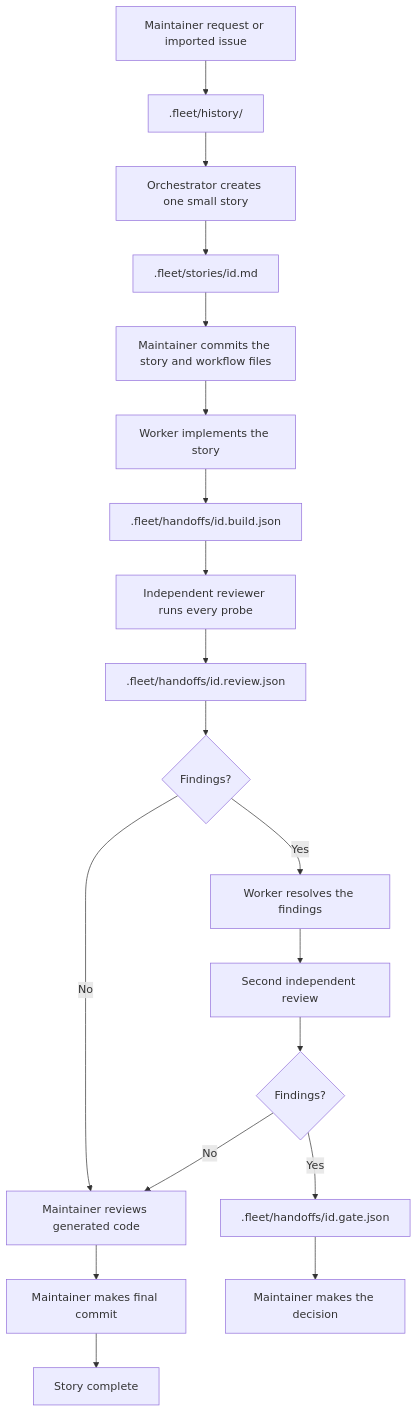
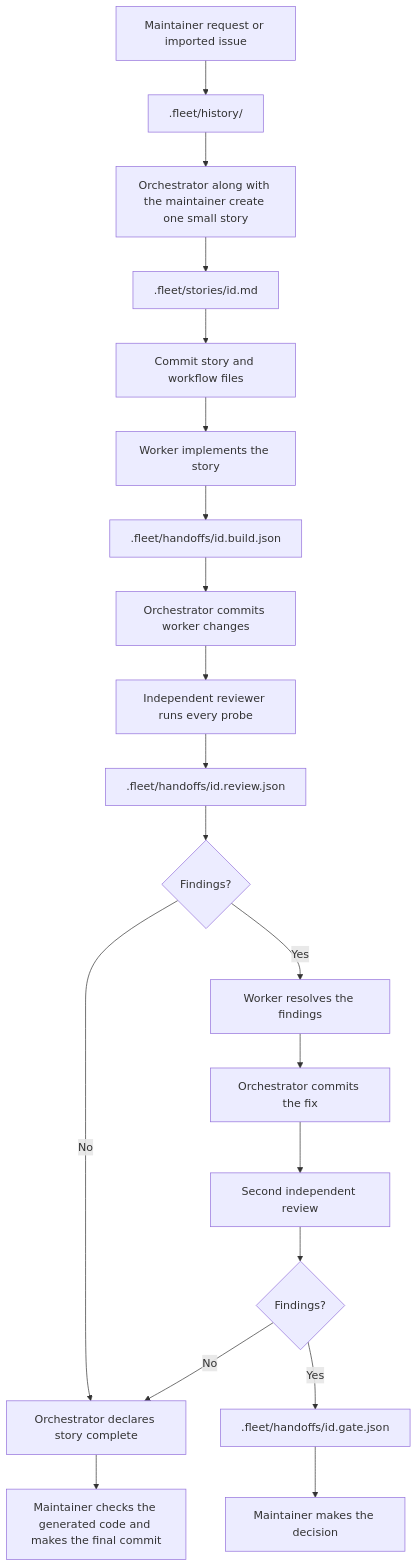
One commit to emilioSp/my-weather-station changed the diagram in CONTRIBUTING.md. Above: the diagram before and after it, drawn with Mermaid. The commit also changed other lines of this file and 1 other file, not shown here.

Commit message:
fix workflow

````diff
--- a/CONTRIBUTING.md
+++ b/CONTRIBUTING.md
@@ -5,21 +5,22 @@
 ```mermaid
 flowchart TD
     request[Maintainer request or imported issue] --> history[.fleet/history/]
-    history --> orchestrator[Orchestrator creates one small story]
+    history --> orchestrator[Orchestrator along with the maintainer create one small story]
     orchestrator --> story[.fleet/stories/id.md]
-    story --> commit[Maintainer commits the story and workflow files]
+    story --> commit[Commit story and workflow files]
     commit --> worker[Worker implements the story]
     worker --> build[.fleet/handoffs/id.build.json]
-    build --> reviewOne[Independent reviewer runs every probe]
+    build --> workerCommit[Orchestrator commits worker changes]
+    workerCommit --> reviewOne[Independent reviewer runs every probe]
     reviewOne --> reviewRecordOne[.fleet/handoffs/id.review.json]
     reviewRecordOne --> firstResult{Findings?}
-    firstResult -->|No| inspect[Maintainer reviews generated code]
+    firstResult -->|No| complete[Orchestrator declares story complete]
     firstResult -->|Yes| fix[Worker resolves the findings]
-    fix --> reviewTwo[Second independent review]
+    fix --> fixCommit[Orchestrator commits the fix]
+    fixCommit --> reviewTwo[Second independent review]
     reviewTwo --> secondResult{Findings?}
-    secondResult -->|No| inspect
-    inspect --> finalCommit[Maintainer makes final commit]
-    finalCommit --> complete[Story complete]
+    secondResult -->|No| complete
     secondResult -->|Yes| gate[.fleet/handoffs/id.gate.json]
+    complete --> inspect[Maintainer checks the generated code and makes the final commit]
     gate --> decision[Maintainer makes the decision]
 ```
````
